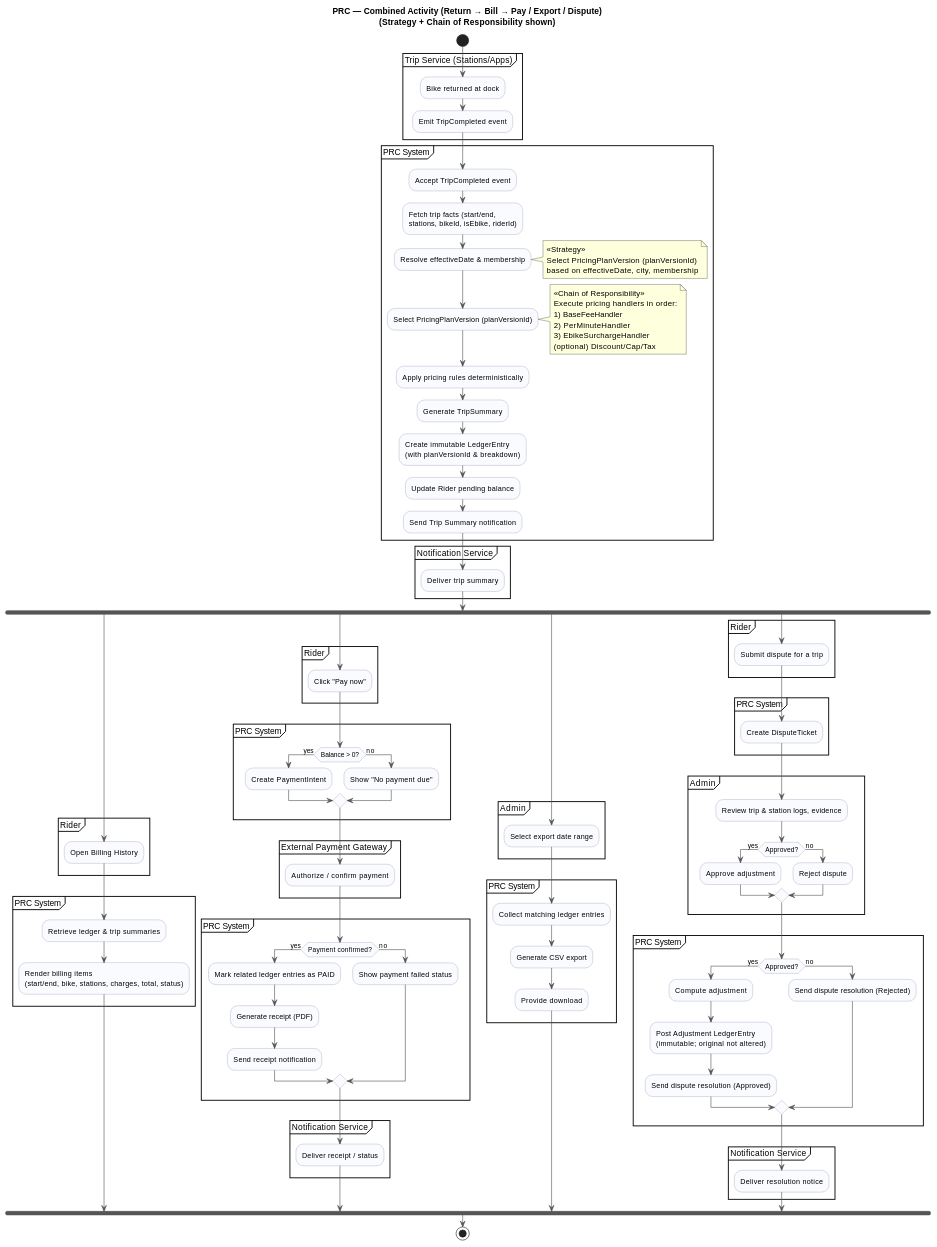
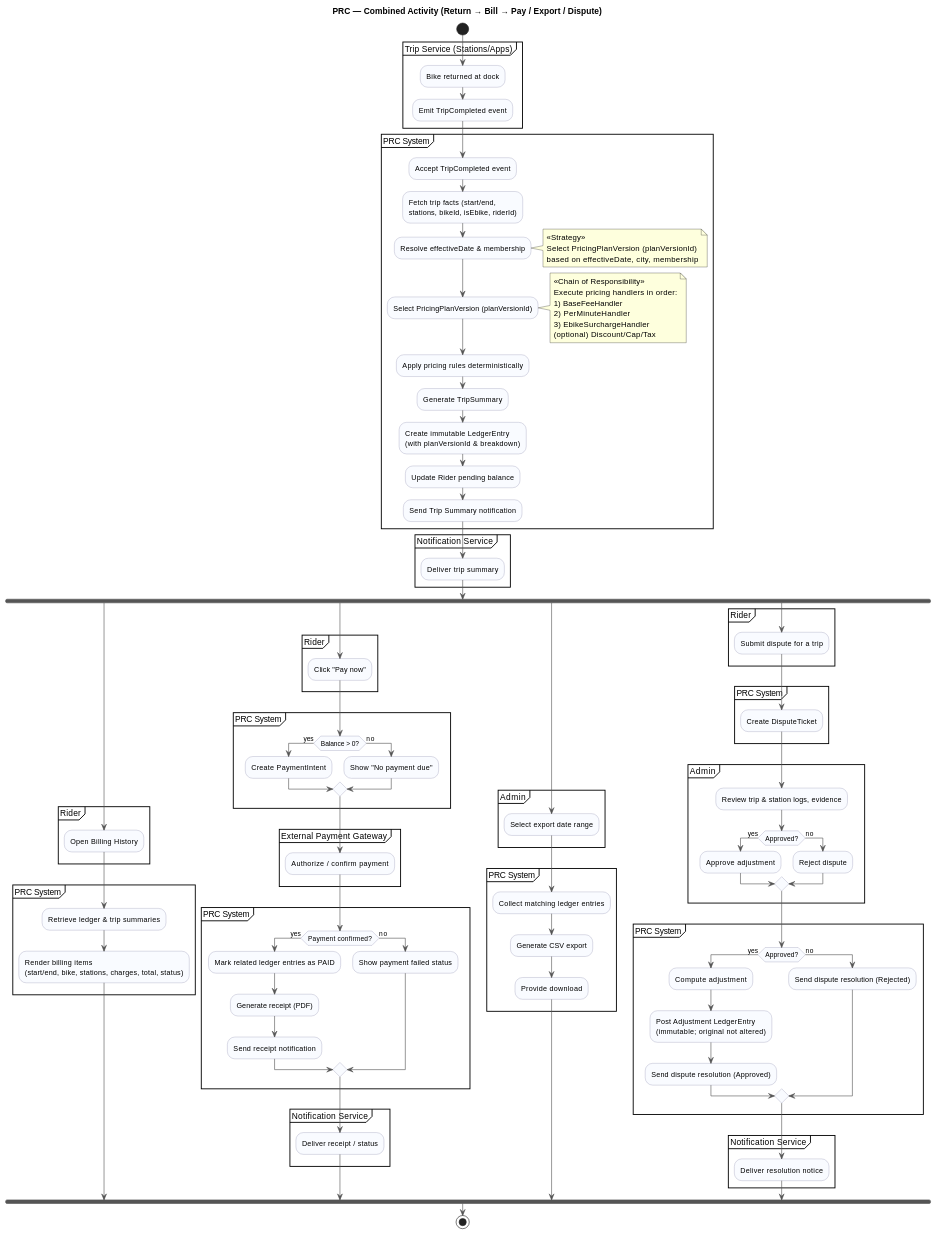
Before and after one commit to Abdul-RehmanCU/SOEN-343---Bike: the diagram in diagrams/PRC-DIAGRAMS/PRC_ACTIVITY_DIAGRAM.md, drawn with PlantUML. The commit also changed 2 other files, not shown here.

Commit message:
minor tweak on display and titles of diags for PRC

```diff
--- a/diagrams/PRC-DIAGRAMS/PRC_ACTIVITY_DIAGRAM.md
+++ b/diagrams/PRC-DIAGRAMS/PRC_ACTIVITY_DIAGRAM.md
@@ -1,5 +1,5 @@
 @startuml
-title PRC — Combined Activity (Return → Bill → Pay / Export / Dispute)\n(Strategy + Chain of Responsibility shown)
+title PRC — Combined Activity (Return → Bill → Pay / Export / Dispute)
 
 skinparam ArrowColor #555
 skinparam ActivityBackgroundColor #F9FBFF
```
